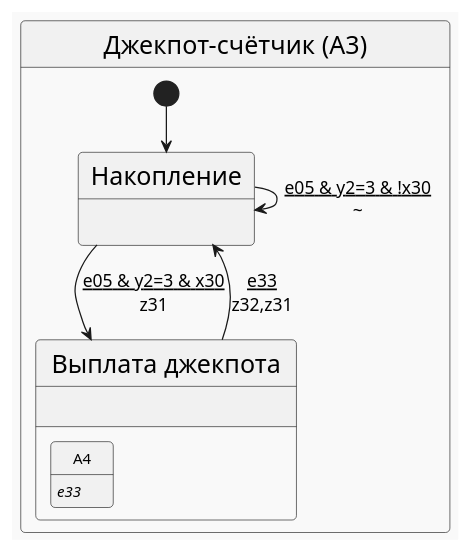
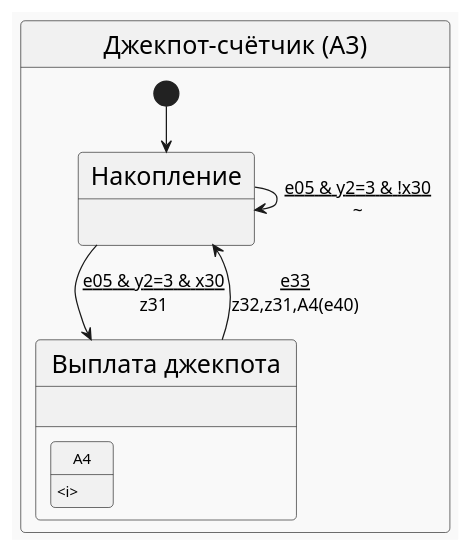
The diagram in articles/multiply_many_nested/puml/a3.puml (PhoenixNazarov/fsm-multiply), drawn with PlantUML before and after one commit. The commit also changed 9 other files, not shown here.

```diff
--- a/articles/multiply_many_nested/puml/a3.puml
+++ b/articles/multiply_many_nested/puml/a3.puml
@@ -1,16 +1,16 @@
 @startuml
 !theme mars
 skinparam stateFontSize 20
 skinparam arrowFontSize 14
 state "Джекпот-счётчик (A3)" as A3 {
     [*] --> A30
     state "Накопление" as A30 : 
     state "Выплата джекпота" as A31 : 
     state "Выплата джекпота" as A31 {
-        state "<size:12>A4" as F1 : <size:12><i>e33
+        state "<size:12>A4" as F1 : <size:12><i>
     }
     A30 --> A31 : <u>e05 & y2=3 & x30\nz31
     A30 --> A30 : <u>e05 & y2=3 & !x30\n~
-    A31 --> A30 : <u>e33\nz32,z31
+    A31 --> A30 : <u>e33\nz32,z31,A4(e40)
 }
 @enduml
```
